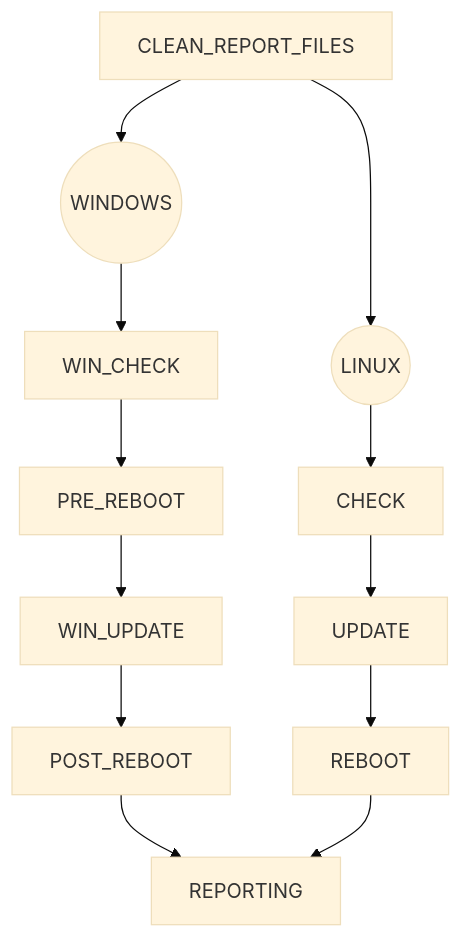
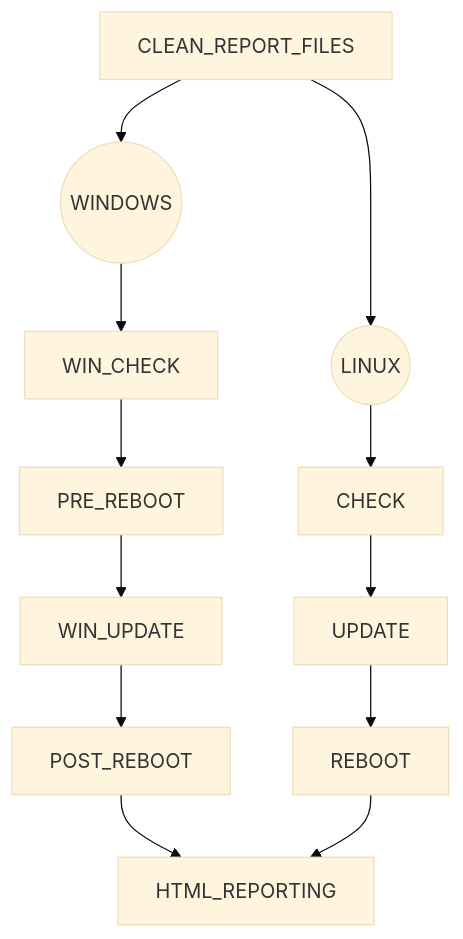
One commit to kenybapin/ansible-sys-updates changed the diagram in README.md. Above: the diagram before and after it, drawn with Mermaid (base theme).

````diff
--- a/README.md
+++ b/README.md
@@ -12,9 +12,9 @@
 ```mermaid
 graph TD;
     CLEAN_REPORT_FILES-->id1((WINDOWS));
     CLEAN_REPORT_FILES-->id2((LINUX));
     id2((LINUX))-->CHECK-->UPDATE-->REBOOT;
     id1((WINDOWS))-->WIN_CHECK-->PRE_REBOOT-->WIN_UPDATE-->POST_REBOOT;
-    POST_REBOOT-->REPORTING;
-    REBOOT-->REPORTING;
+    POST_REBOOT-->HTML_REPORTING;
+    REBOOT-->HTML_REPORTING;
 ```
````
